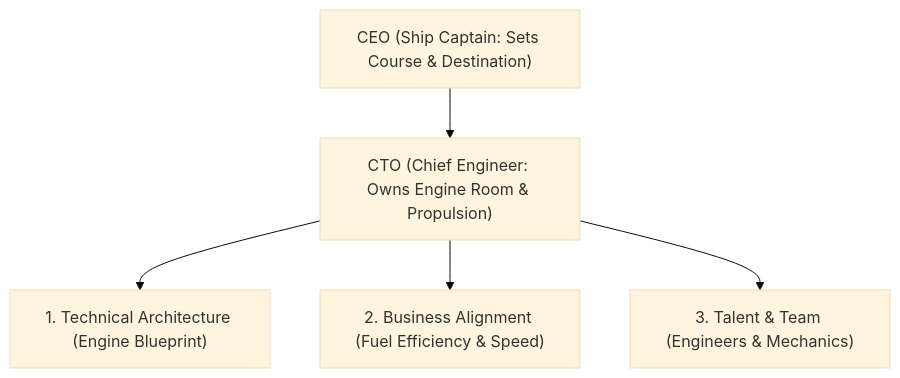
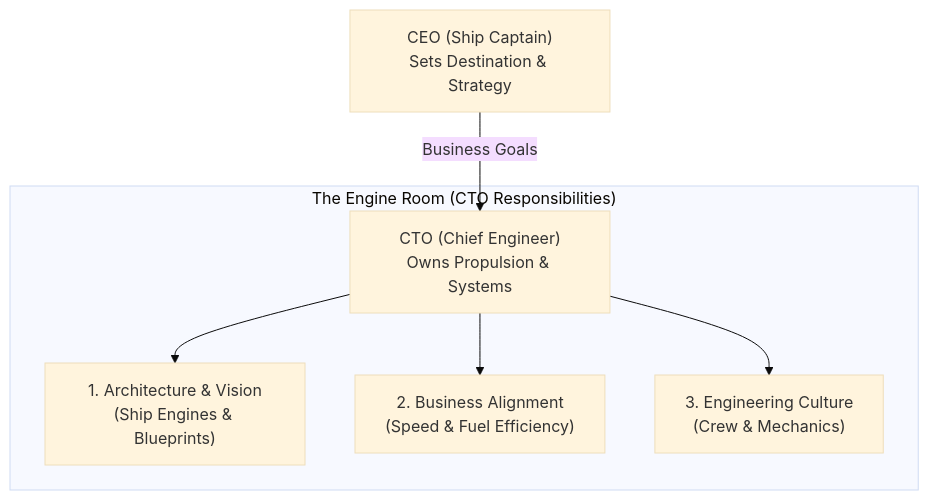
The diagram in users/pankajhyd/posts/what-is-a-cto-demystifying-the-chief-technology-officer-role.md (PankajKumarCTO/blog-store), drawn with Mermaid (base theme) before and after one commit.

Commit message:
Enhance Mermaid diagram with subgraphs and clear labels in post-017

````diff
--- a/users/pankajhyd/posts/what-is-a-cto-demystifying-the-chief-technology-officer-role.md
+++ b/users/pankajhyd/posts/what-is-a-cto-demystifying-the-chief-technology-officer-role.md
@@ -55,8 +55,10 @@
 ```mermaid
 graph TD
-    CEO["CEO (Ship Captain: Sets Course & Destination)"] --> CTO["CTO (Chief Engineer: Owns Engine Room & Propulsion)"]
+    CEO["CEO (Ship Captain)<br/>Sets Destination & Strategy"] -->|Business Goals| CTO["CTO (Chief Engineer)<br/>Owns Propulsion & Systems"]
     
-    CTO --> Pillar1["1. Technical Architecture (Engine Blueprint)"]
-    CTO --> Pillar2["2. Business Alignment (Fuel Efficiency & Speed)"]
-    CTO --> Pillar3["3. Talent & Team (Engineers & Mechanics)"]
+    subgraph EngineRoom["The Engine Room (CTO Responsibilities)"]
+        CTO --> Pillar1["1. Architecture & Vision<br/>(Ship Engines & Blueprints)"]
+        CTO --> Pillar2["2. Business Alignment<br/>(Speed & Fuel Efficiency)"]
+        CTO --> Pillar3["3. Engineering Culture<br/>(Crew & Mechanics)"]
+    end
 ```
````
